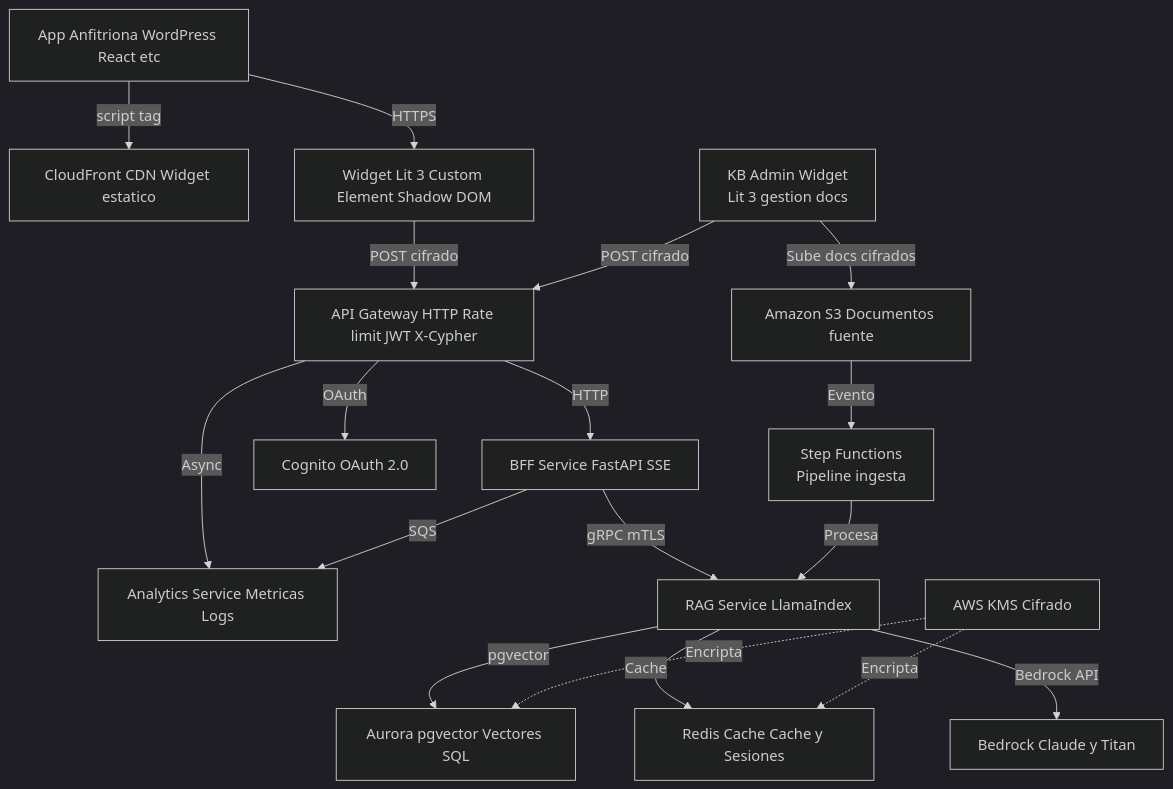
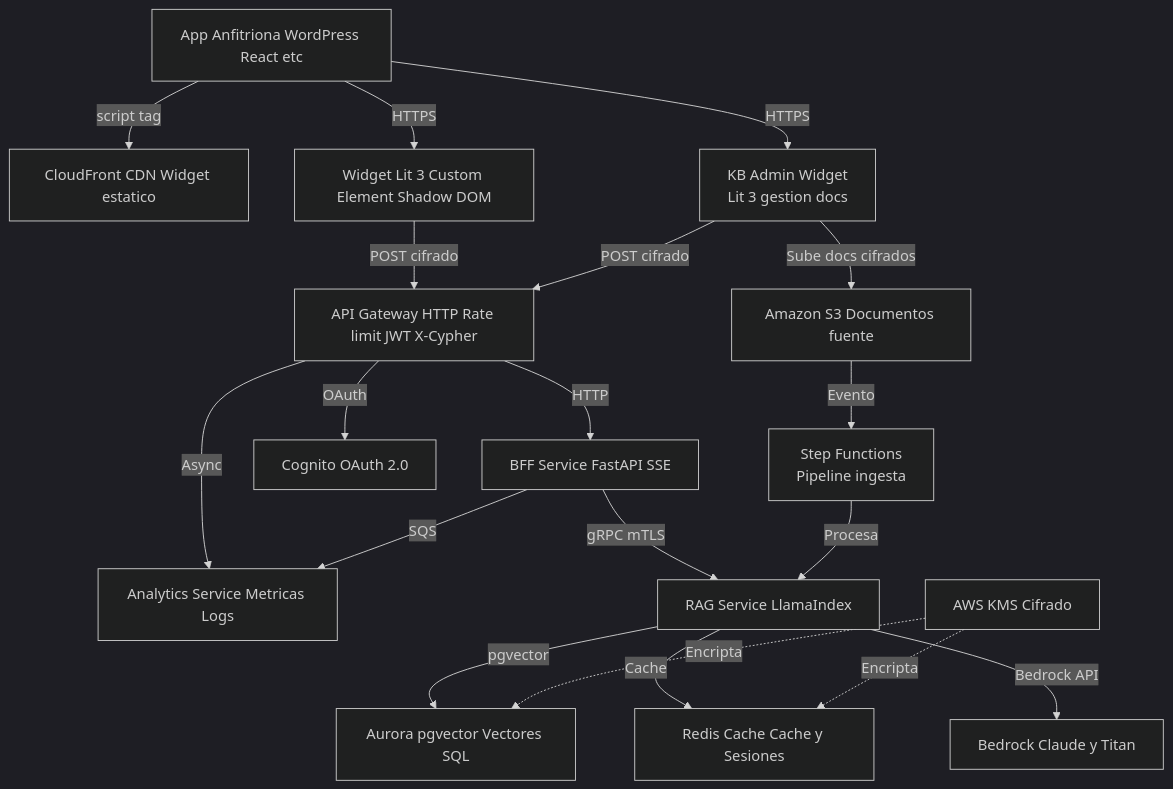
Before and after one commit to johnruedal96/capillas: the first of 8 diagrams in docs/propuesta_tecnologica.md, drawn with Mermaid (dark theme). The commit also changed other lines of this file, not shown here.

````diff
--- a/docs/propuesta_tecnologica.md
+++ b/docs/propuesta_tecnologica.md
@@ -63,33 +65,35 @@
 ```mermaid
 graph TB
     HostApp[App Anfitriona WordPress React etc]
     CDN[CloudFront CDN Widget estatico]
     WIDGET[Widget Lit 3 Custom Element Shadow DOM]
     GW[API Gateway HTTP Rate limit JWT X-Cypher]
     BFF[BFF Service FastAPI SSE]
     AUTH[Cognito OAuth 2.0]
     ANALYTICS[Analytics Service Metricas Logs]
     RAG[RAG Service LlamaIndex]
     AURORA[Aurora pgvector Vectores SQL]
     REDIS[Redis Cache Cache y Sesiones]
     BEDROCK[Bedrock Claude y Titan]
     KMS[AWS KMS Cifrado]
+    KBADMIN[KB Admin Widget<br/>Lit 3 gestion docs]
 
     HostApp -->|script tag| CDN
+    HostApp -->|HTTPS| KBADMIN
     HostApp -->|HTTPS| WIDGET
     WIDGET -->|POST cifrado| GW
-    KBADMIN[KB Admin Widget<br/>Lit 3 gestion docs] -->|POST cifrado| GW
+    KBADMIN -->|POST cifrado| GW
     GW -->|HTTP| BFF
     GW -->|OAuth| AUTH
     GW -->|Async| ANALYTICS
     BFF -->|gRPC mTLS| RAG
     BFF -->|SQS| ANALYTICS
     RAG -->|pgvector| AURORA
     RAG -->|Cache| REDIS
     RAG -->|Bedrock API| BEDROCK
     KMS -.->|Encripta| AURORA
     KMS -.->|Encripta| REDIS
     KBADMIN -->|Sube docs cifrados| S3[Amazon S3 Documentos fuente]
     S3 -->|Evento| STEP[Step Functions<br/>Pipeline ingesta]
     STEP -->|Procesa| RAG
 ```
````
